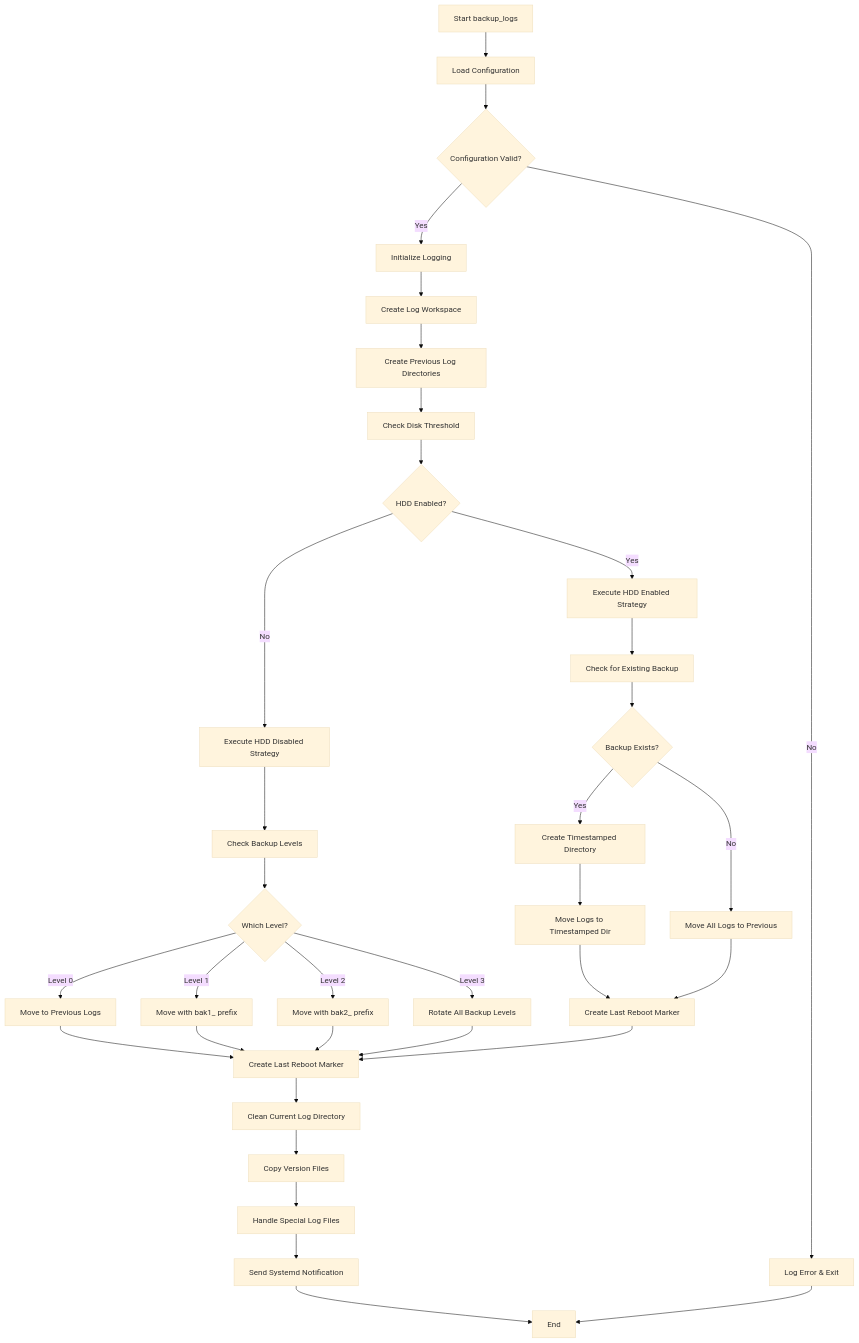
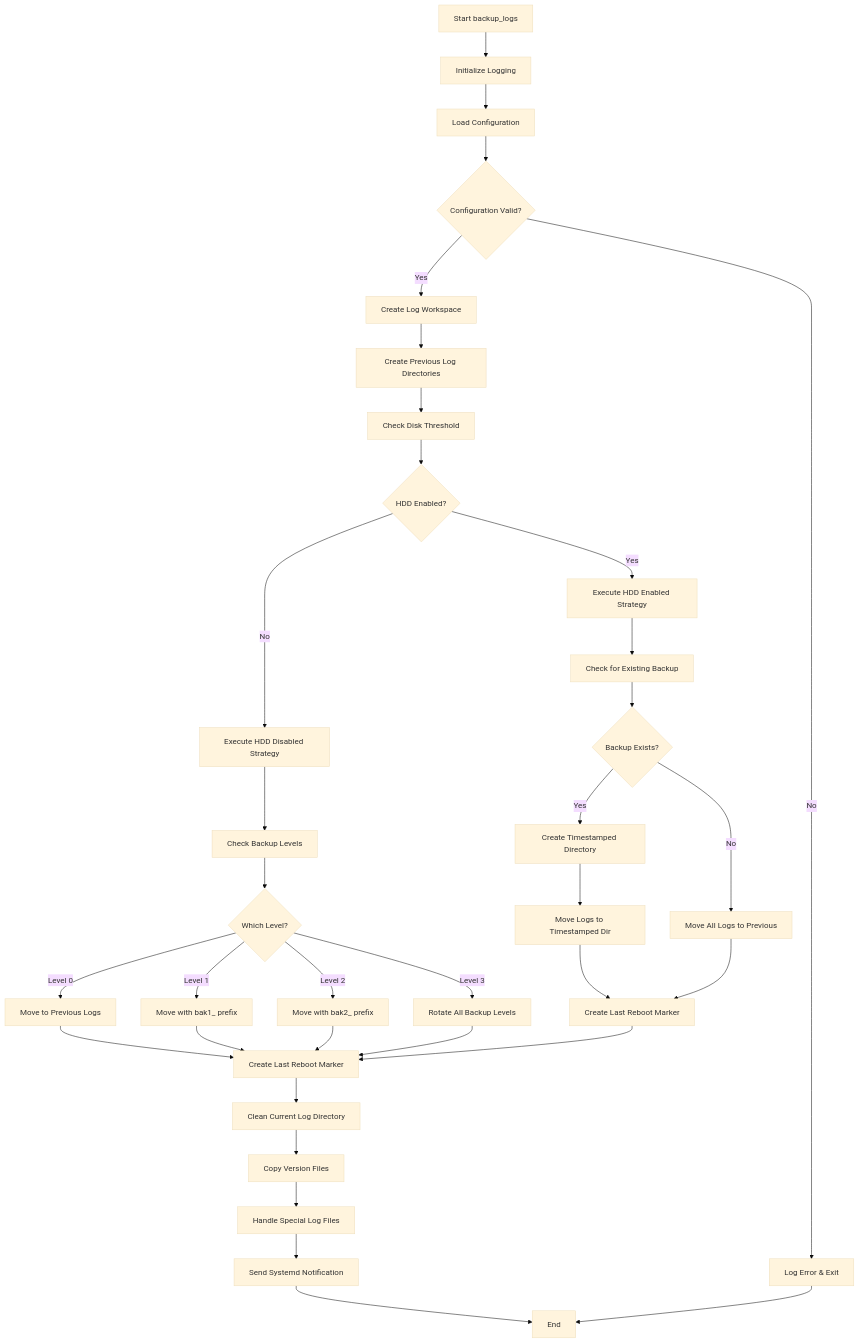
The first of 4 diagrams in backup_logs/docs/diagrams/backup_logs_flowcharts.md (rdkcentral/dcm-agent), drawn with Mermaid (base theme) before and after one commit.

````diff
--- a/backup_logs/docs/diagrams/backup_logs_flowcharts.md
+++ b/backup_logs/docs/diagrams/backup_logs_flowcharts.md
@@ -344,44 +344,43 @@
 ```mermaid
 flowchart TD
-    A[Start backup_logs] --> B[Load Configuration]
-    B --> C{Configuration Valid?}
-    C -->|No| D[Log Error & Exit]
-    C -->|Yes| E[Initialize Logging]
-    
-    E --> F[Create Log Workspace]
+    A[Start backup_logs] --> B[Initialize Logging]
+    B --> C[Load Configuration]
+    C --> D{Configuration Valid?}
+    D -->|No| E[Log Error & Exit]
+    D -->|Yes| F[Create Log Workspace]
     F --> G[Create Previous Log Directories]
     G --> H[Check Disk Threshold]
     
     H --> I{HDD Enabled?}
     I -->|Yes| J[Execute HDD Enabled Strategy]
     I -->|No| K[Execute HDD Disabled Strategy]
     
     J --> L[Check for Existing Backup]
     L --> M{Backup Exists?}
     M -->|No| N[Move All Logs to Previous]
     M -->|Yes| O[Create Timestamped Directory]
     O --> P[Move Logs to Timestamped Dir]
     P --> Q[Create Last Reboot Marker]
     
     K --> R[Check Backup Levels]
     R --> S{Which Level?}
     S -->|Level 0| T[Move to Previous Logs]
     S -->|Level 1| U[Move with bak1_ prefix]
     S -->|Level 2| V[Move with bak2_ prefix]
     S -->|Level 3| W[Rotate All Backup Levels]
     
     T --> X[Create Last Reboot Marker]
     U --> X
     V --> X
     W --> X
     N --> Q
     Q --> X
     
     X --> Y[Clean Current Log Directory]
     Y --> Z[Copy Version Files]
     Z --> AA[Handle Special Log Files]
     AA --> BB[Send Systemd Notification]
     BB --> CC[End]
     
-    D --> CC
+    E --> CC
 ```
````
